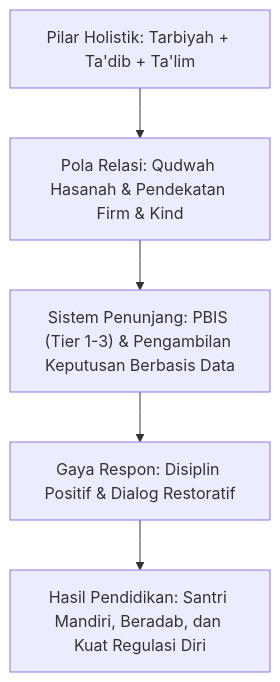
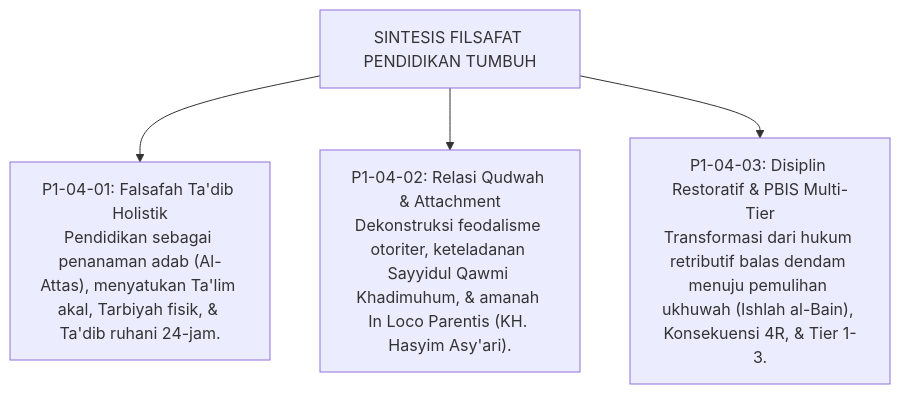
One commit to wandiapriliyandi/tumbuh changed the diagram in 01 Philosophy/04 Education/P1-04-04-Sintesis-Filsafat-Pendidikan-TUMBUH.md. Above: the diagram before and after it, drawn with Mermaid. The commit also changed other lines of this file and 4 other files, not shown here.

Commit message:
docs(philosophy): elevate Sub-Domain 04 Education to gold standard of deep academic monographs with Ta'dib, Qudwah, and Restorative PBIS

````diff
--- a/01 Philosophy/04 Education/P1-04-04-Sintesis-Filsafat-Pendidikan-TUMBUH.md
+++ b/01 Philosophy/04 Education/P1-04-04-Sintesis-Filsafat-Pendidikan-TUMBUH.md
@@ -7,7 +23,10 @@
 ```mermaid
 graph TD
-    A["Pilar Holistik: Tarbiyah + Ta'dib + Ta'lim"] --> B["Pola Relasi: Qudwah Hasanah & Pendekatan Firm & Kind"]
-    B --> C["Sistem Penunjang: PBIS (Tier 1-3) & Pengambilan Keputusan Berbasis Data"]
-    C --> D["Gaya Respon: Disiplin Positif & Dialog Restoratif"]
-    D --> E["Hasil Pendidikan: Santri Mandiri, Beradab, dan Kuat Regulasi Diri"]
+    SintesisEdu["SINTESIS FILSAFAT PENDIDIKAN TUMBUH"]
+    
+    SintesisEdu --> E1["P1-04-01: Falsafah Ta'dib Holistik<br/>Pendidikan sebagai penanaman adab (Al-Attas), menyatukan Ta'lim akal, Tarbiyah fisik, & Ta'dib ruhani 24-jam."]
+    
+    SintesisEdu --> E2["P1-04-02: Relasi Qudwah & Attachment<br/>Dekonstruksi feodalisme otoriter, keteladanan Sayyidul Qawmi Khadimuhum, & amanah In Loco Parentis (KH. Hasyim Asy'ari)."]
+    
+    SintesisEdu --> E3["P1-04-03: Disiplin Restoratif & PBIS Multi-Tier<br/>Transformasi dari hukum retributif balas dendam menuju pemulihan ukhuwah (Ishlah al-Bain), Konsekuensi 4R, & Tier 1-3."]
 ```
````
